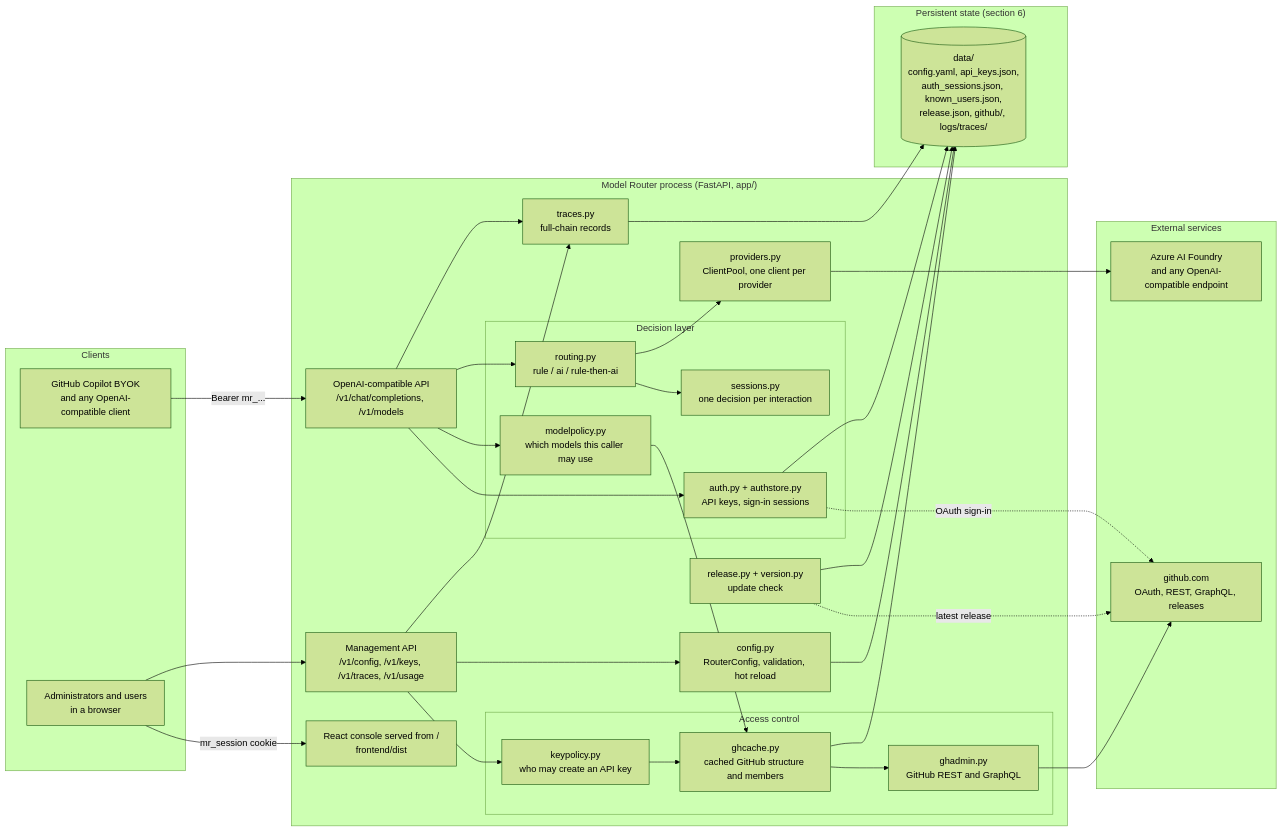
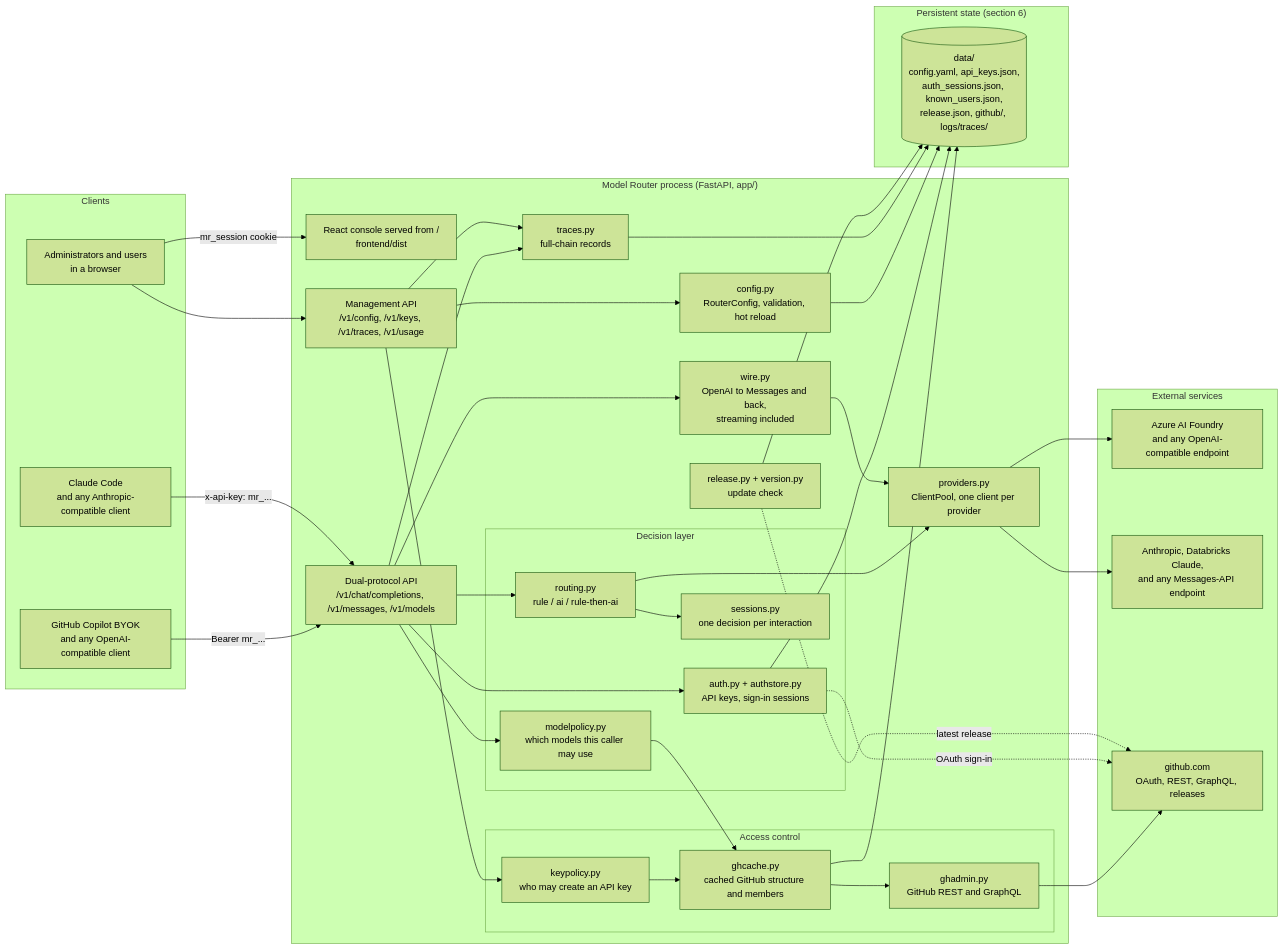
Before and after one commit to satomic/model-router: the first of 11 diagrams in docs/architecture.md, drawn with Mermaid (forest theme). The commit also changed other lines of this file and 34 other files, not shown here.

````diff
--- a/docs/architecture.md
+++ b/docs/architecture.md
@@ -24,68 +25,75 @@
 ```mermaid
 flowchart LR
     subgraph clients["Clients"]
         copilot["GitHub Copilot BYOK<br/>and any OpenAI-compatible client"]
+        anth["Claude Code<br/>and any Anthropic-compatible client"]
         console["Administrators and users<br/>in a browser"]
     end
 
     subgraph process["Model Router process (FastAPI, app/)"]
         spa["React console served from /<br/>frontend/dist"]
-        api["OpenAI-compatible API<br/>/v1/chat/completions, /v1/models"]
+        api["Dual-protocol API<br/>/v1/chat/completions, /v1/messages, /v1/models"]
+        conv["wire.py<br/>OpenAI to Messages and back,<br/>streaming included"]
         mgmt["Management API<br/>/v1/config, /v1/keys, /v1/traces, /v1/usage"]
 
         subgraph decide["Decision layer"]
             keys["auth.py + authstore.py<br/>API keys, sign-in sessions"]
             mpol["modelpolicy.py<br/>which models this caller may use"]
             router["routing.py<br/>rule / ai / rule-then-ai"]
             sticky["sessions.py<br/>one decision per interaction"]
         end
 
         subgraph gate["Access control"]
             kpol["keypolicy.py<br/>who may create an API key"]
             cache["ghcache.py<br/>cached GitHub structure and members"]
             ghapi["ghadmin.py<br/>GitHub REST and GraphQL"]
         end
 
         pool["providers.py<br/>ClientPool, one client per provider"]
         cfgmod["config.py<br/>RouterConfig, validation, hot reload"]
         tracemod["traces.py<br/>full-chain records"]
         rel["release.py + version.py<br/>update check"]
     end
 
     subgraph state["Persistent state (section 6)"]
         files[("data/<br/>config.yaml, api_keys.json,<br/>auth_sessions.json, known_users.json,<br/>release.json, github/, logs/traces/")]
     end
 
     subgraph upstream["External services"]
         foundry["Azure AI Foundry<br/>and any OpenAI-compatible endpoint"]
+        claude["Anthropic, Databricks Claude,<br/>and any Messages-API endpoint"]
         github["github.com<br/>OAuth, REST, GraphQL, releases"]
     end
 
     copilot -->|"Bearer mr_..."| api
+    anth -->|"x-api-key: mr_..."| api
     console -->|"mr_session cookie"| spa
     console --> mgmt
 
+    api --> conv
     api --> keys
     api --> mpol
     api --> router
     api --> tracemod
     router --> sticky
     router --> pool
     mgmt --> kpol
     mgmt --> cfgmod
     mgmt --> tracemod
 
     kpol --> cache
     mpol --> cache
     cache --> ghapi
     ghapi --> github
     keys -.->|"OAuth sign-in"| github
     rel -.->|"latest release"| github
 
     keys --> files
     cache --> files
     cfgmod --> files
     tracemod --> files
     rel --> files
+    conv --> pool
     pool --> foundry
+    pool --> claude
 ```
````
